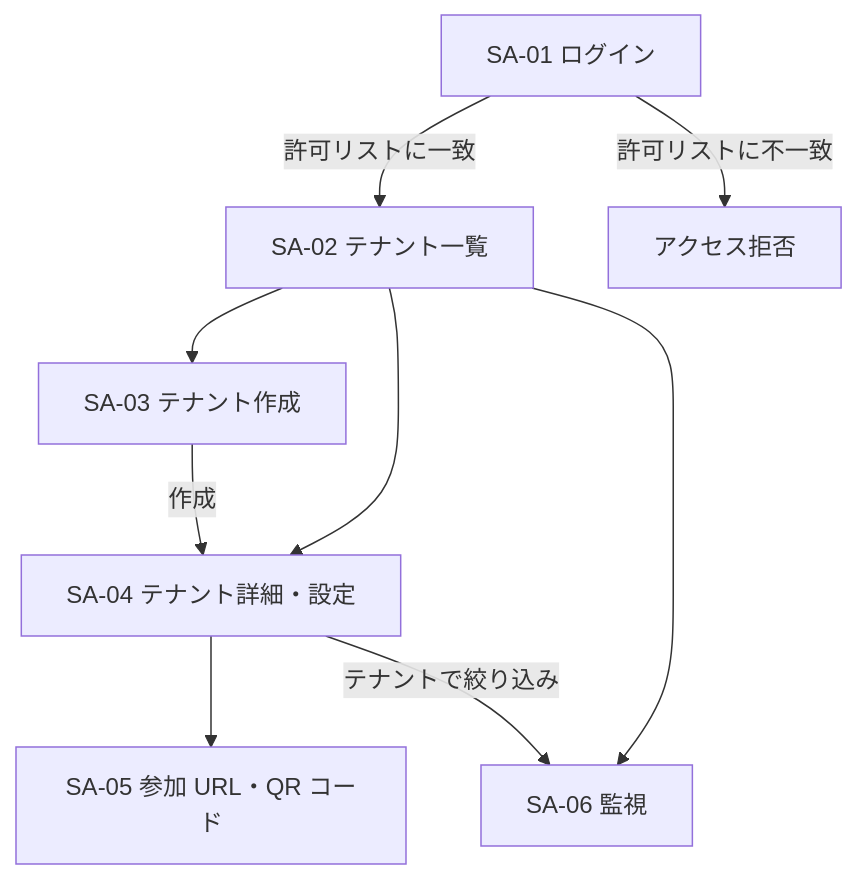
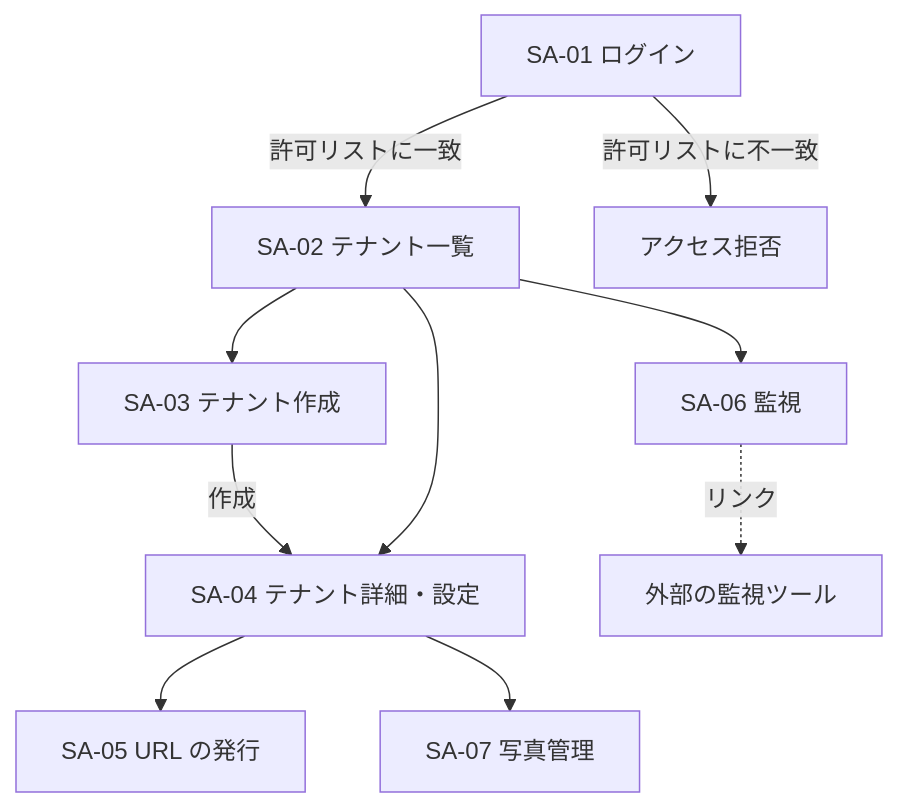
One commit to Nagomu0128/would-you-marry.me changed the fourth of 4 diagrams in docs/design/screens.md. Above: the diagram before and after it, drawn with Mermaid. The commit also changed other lines of this file and 12 other files, not shown here.

````diff
--- a/docs/design/screens.md
+++ b/docs/design/screens.md
@@ -66,11 +89,12 @@
 ```mermaid
 flowchart TD
     SA01[SA-01 ログイン] -->|許可リストに一致| SA02[SA-02 テナント一覧]
     SA01 -->|許可リストに不一致| DENY[アクセス拒否]
     SA02 --> SA03[SA-03 テナント作成]
     SA03 -->|作成| SA04
     SA02 --> SA04[SA-04 テナント詳細・設定]
-    SA04 --> SA05[SA-05 参加 URL・QR コード]
+    SA04 --> SA05[SA-05 URL の発行]
+    SA04 --> SA07[SA-07 写真管理]
     SA02 --> SA06[SA-06 監視]
-    SA04 -->|テナントで絞り込み| SA06
+    SA06 -.->|リンク| EXT[外部の監視ツール]
 ```
````
